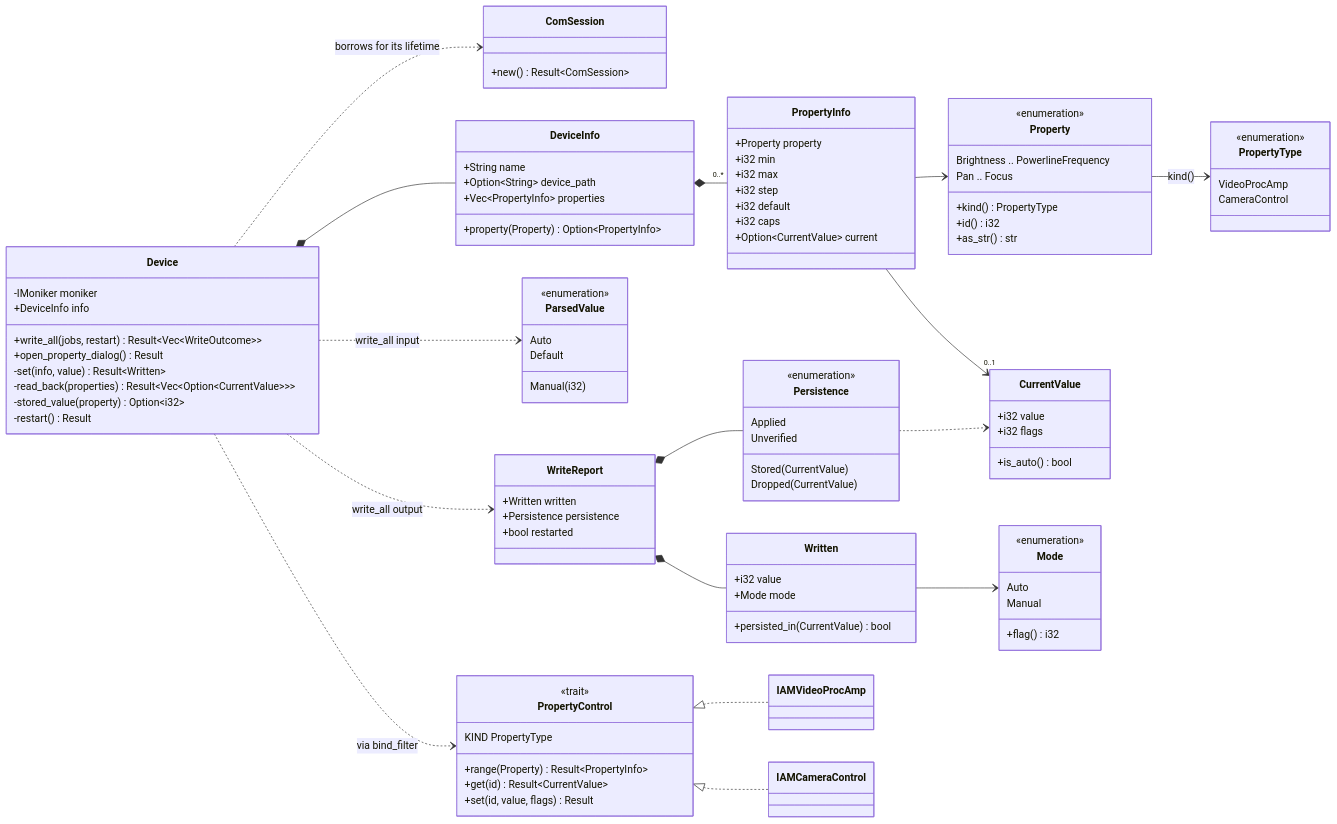
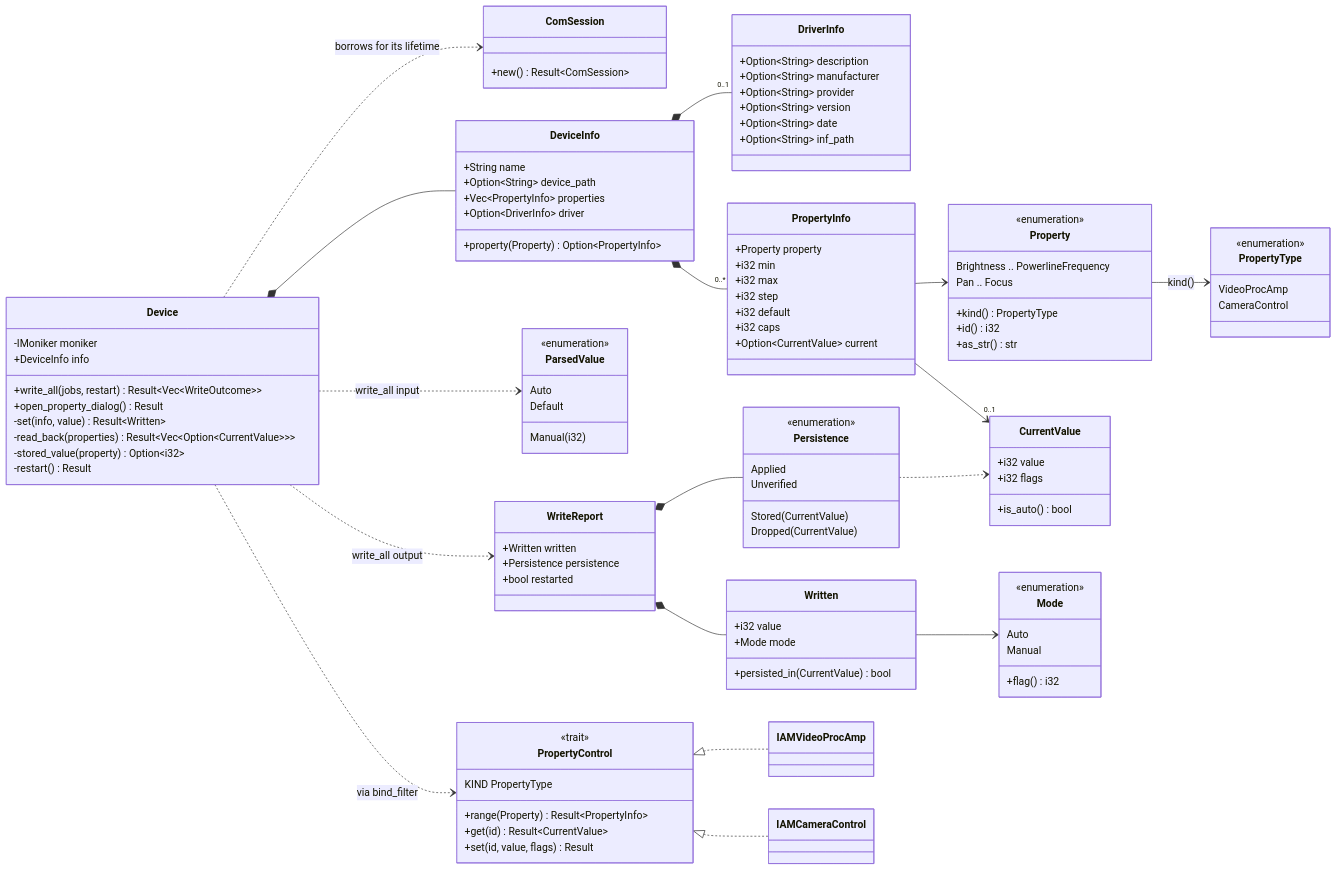
The second of 5 diagrams in docs/architecture.md (andrewj-t/wincamcfg), drawn with Mermaid before and after one commit. The commit also changed other lines of this file and 5 other files, not shown here.

```diff
--- a/docs/architecture.md
+++ b/docs/architecture.md
@@ -52,7 +52,17 @@
         +String name
         +Option~String~ device_path
         +Vec~PropertyInfo~ properties
+        +Option~DriverInfo~ driver
         +property(Property) Option~PropertyInfo~
+    }
+
+    class DriverInfo {
+        +Option~String~ description
+        +Option~String~ manufacturer
+        +Option~String~ provider
+        +Option~String~ version
+        +Option~String~ date
+        +Option~String~ inf_path
     }
 
     class PropertyInfo {
@@ -134,6 +144,7 @@
     Device ..> ComSession : borrows for its lifetime
     Device *-- DeviceInfo
     DeviceInfo *-- "0..*" PropertyInfo
+    DeviceInfo *-- "0..1" DriverInfo
     PropertyInfo --> Property
     PropertyInfo --> "0..1" CurrentValue
     Property --> PropertyType : kind()
```
